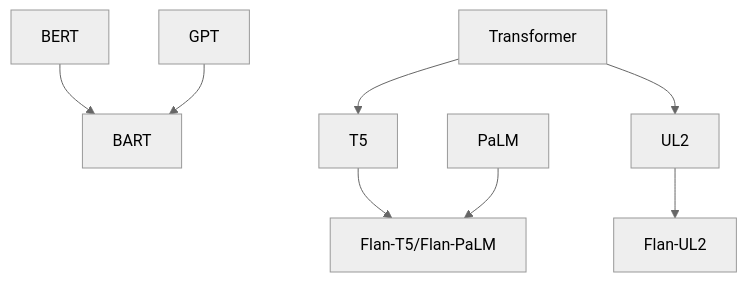
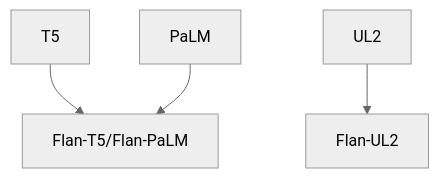
One commit to ted-sharp/chatvox changed the ninth of 13 diagrams in doc/llm.md. Above: the diagram before and after it, drawn with Mermaid (neutral theme). The commit also changed other lines of this file, not shown here.

````diff
--- a/doc/llm.md
+++ b/doc/llm.md
@@ -290,11 +355,7 @@
 ```mermaid
 flowchart
 
-BERT --> BART
-GPT --> BART
-
-Transformer --> T5 --> Flan-T5/Flan-PaLM
+T5 --> Flan-T5/Flan-PaLM
 PaLM --> Flan-T5/Flan-PaLM
-
-Transformer --> UL2 --> Flan-UL2
+UL2 --> Flan-UL2
 ```
````
